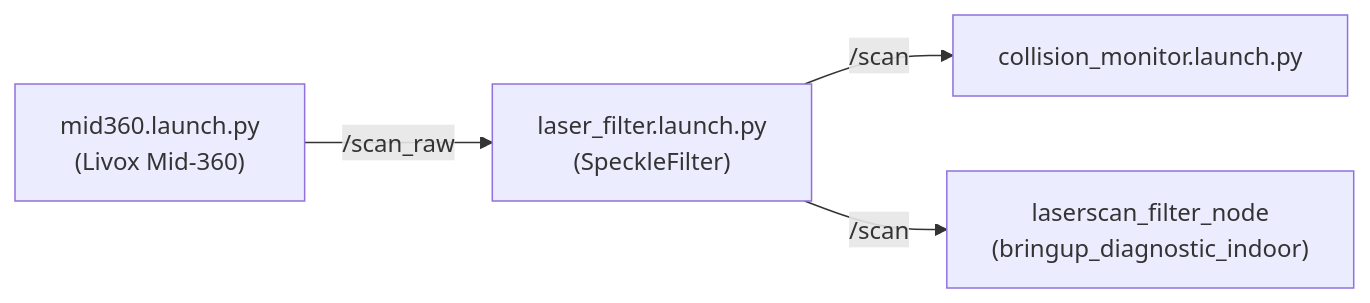
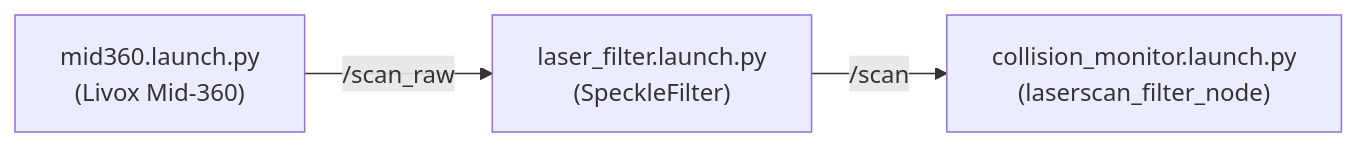
The fourth of 7 diagrams in launch/README_launch.md (sato-susumu/susumu_robo), drawn with Mermaid before and after one commit. The commit also changed other lines of this file and 1 other file, not shown here.

First line of the commit message:
Add table of contents, topic flow diagrams, and doc links to README

````diff
--- a/launch/README_launch.md
+++ b/launch/README_launch.md
@@ -170,11 +209,9 @@
 ```mermaid
 graph LR
     mid360["mid360.launch.py\n(Livox Mid-360)"]
     laser_filter["laser_filter.launch.py\n(SpeckleFilter)"]
-    collision["collision_monitor.launch.py"]
-    laserscan_filter["laserscan_filter_node\n(bringup_diagnostic_indoor)"]
+    collision["collision_monitor.launch.py\n(laserscan_filter_node)"]
 
     mid360 -->|"/scan_raw"| laser_filter
     laser_filter -->|"/scan"| collision
-    laser_filter -->|"/scan"| laserscan_filter
 ```
````
